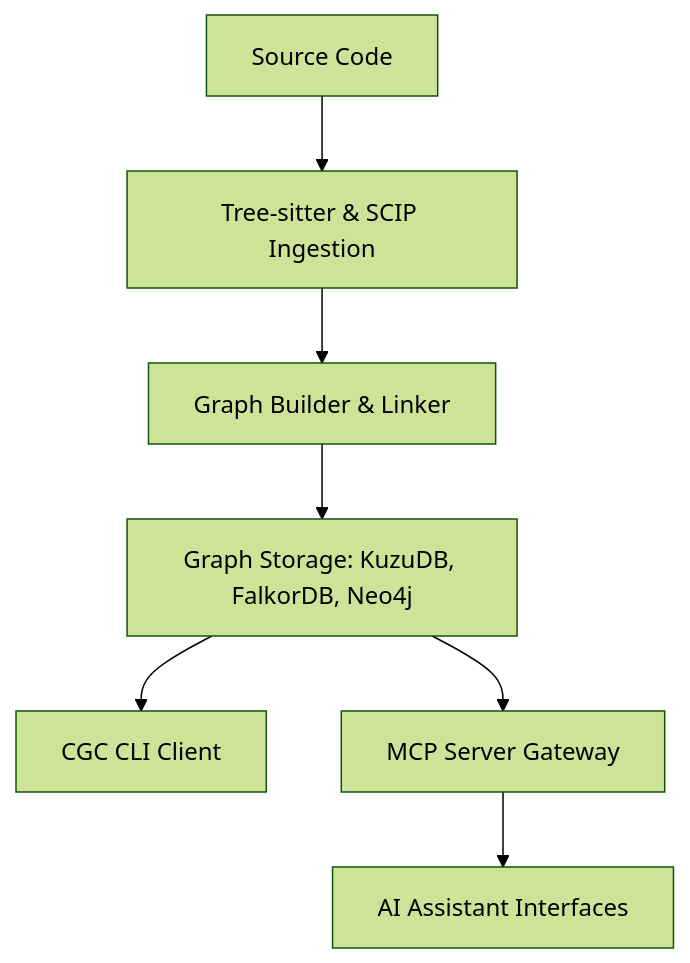
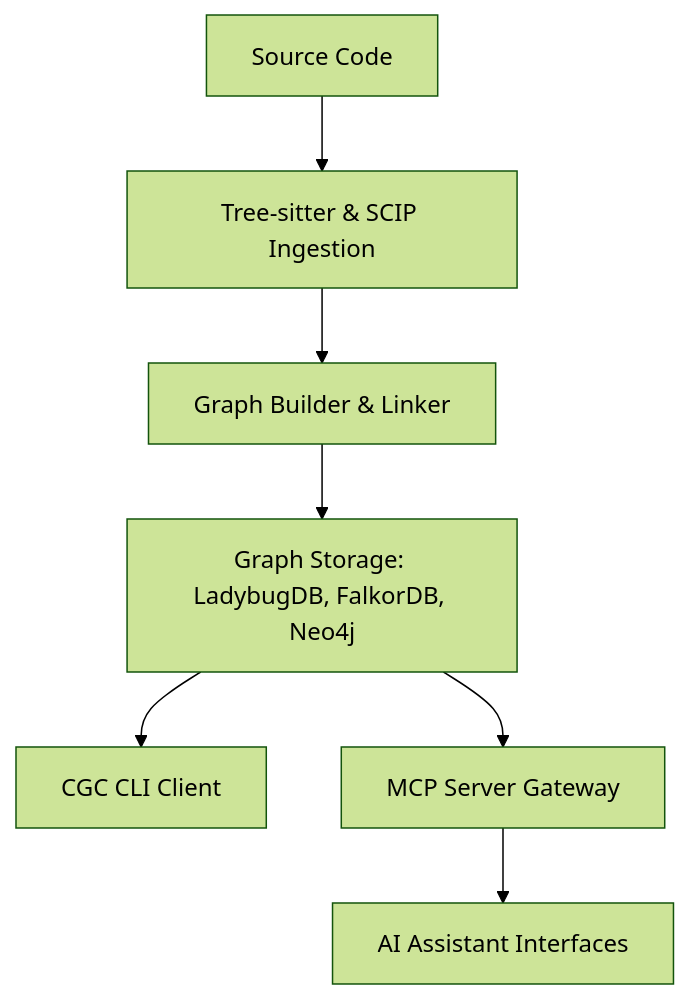
Before and after one commit to CodeGraphContext/CodeGraphContext: the diagram in docs/docs/index.md, drawn with Mermaid (forest theme). The commit also changed other lines of this file and 15 other files, not shown here.

````diff
--- a/docs/docs/index.md
+++ b/docs/docs/index.md
@@ -25,9 +27,9 @@
 ```mermaid
 graph TD
     src[Source Code] --> parse[Tree-sitter & SCIP Ingestion]
     parse --> builder[Graph Builder & Linker]
-    builder --> db[Graph Storage: KuzuDB, FalkorDB, Neo4j]
+    builder --> db[Graph Storage: LadybugDB, FalkorDB, Neo4j]
     db --> cli[CGC CLI Client]
     db --> mcp[MCP Server Gateway]
     mcp --> ai[AI Assistant Interfaces]
 ```
````
